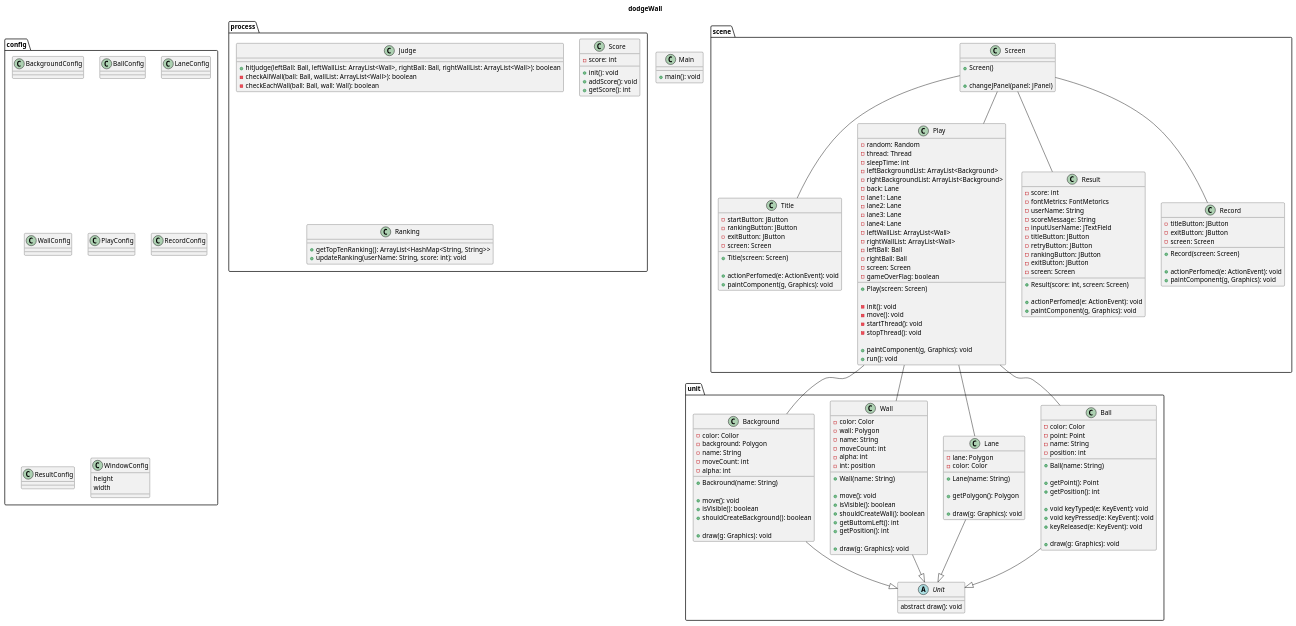
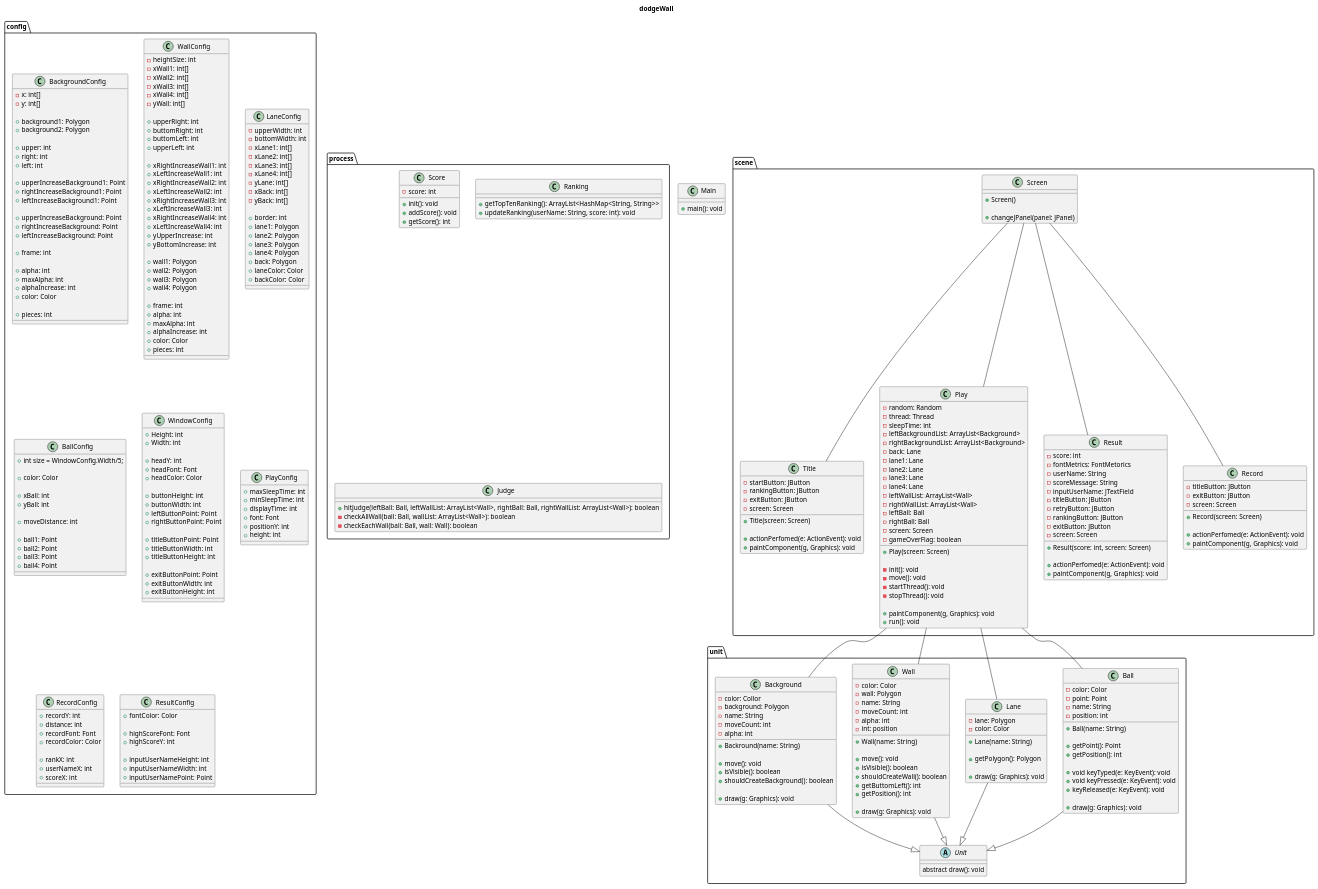
The diagram in documents/uml/class/class.pu (tokutatsu/DodgeWall), drawn with PlantUML before and after one commit. The commit also changed 1 other file, not shown here.

Commit message:
クラス図を完成させた #3

```diff
--- a/documents/uml/class/class.pu
+++ b/documents/uml/class/class.pu
@@ -77,36 +77,159 @@
 
 package config {
     class BackgroundConfig {
+        - x: int[]
+        - y: int[]
 
+        + background1: Polygon
+        + background2: Polygon
+
+        + upper: int
+        + right: int
+        + left: int
+
+        + upperIncreaseBackground1: Point
+        + rightIncreaseBackground1: Point
+        + leftIncreaseBackground1: Point
+
+        + upperIncreaseBackground: Point
+        + rightIncreaseBackground: Point
+        + leftIncreaseBackground: Point
+
+        + frame: int
+
+        + alpha: int
+        + maxAlpha: int
+        + alphaIncrease: int
+        + color: Color
+
+        + pieces: int
     }
-    
-    class BallConfig {
 
+    class WallConfig {
+        - heightSize: int
+        - xWall1: int[]
+        - xWall2: int[]
+        - xWall3: int[]
+        - xWall4: int[]
+        - yWall: int[]
+
+        + upperRight: int
+        + buttomRight: int
+        + buttomLeft: int
+        + upperLeft: int
+
+        + xRightIncreaseWall1: int
+        + xLeftIncreaseWall1: int
+        + xRightIncreaseWall2: int
+        + xLeftIncreaseWall2: int
+        + xRightIncreaseWall3: int
+        + xLeftIncreaseWall3: int
+        + xRightIncreaseWall4: int
+        + xLeftIncreaseWall4: int
+        + yUpperIncrease: int
+        + yBottomIncrease: int
+
+        + wall1: Polygon
+        + wall2: Polygon
+        + wall3: Polygon
+        + wall4: Polygon
+
+        + frame: int
+        + alpha: int
+        + maxAlpha: int
+        + alphaIncrease: int
+        + color: Color
+        + pieces: int
     }
 
     class LaneConfig {
+        - upperWidth: int
+        - bottomWidth: int
+        - xLane1: int[]
+        - xLane2: int[]
+        - xLane3: int[]
+        - xLane4: int[]
+        - yLane: int[]
+        - xBack: int[]
+        - yBack: int[]
 
+        + border: int 
+        + lane1: Polygon
+        + lane2: Polygon
+        + lane3: Polygon
+        + lane4: Polygon
+        + back: Polygon
+        + laneColor: Color
+        + backColor: Color
     }
 
-    class WallConfig {
+    class BallConfig {
+        + int size = WindowConfig.Width/5;
 
+        + color: Color
+
+        + xBall: int
+        + yBall: int
+
+        + moveDistance: int
+
+        + ball1: Point
+        + ball2: Point
+        + ball3: Point
+        + ball4: Point
+    }
+
+    class WindowConfig {
+        + Height: int
+        + Width: int
+
+        + headY: int
+        + headFont: Font
+        + headColor: Color
+
+        + buttonHeight: int
+        + buttonWidth: int
+        + leftButtonPoint: Point 
+        + rightButtonPoint: Point
+
+        + titleButtonPoint: Point
+        + titleButtonWidth: int
+        + titleButtonHeight: int
+
+        + exitButtonPoint: Point
+        + exitButtonWidth: int
+        + exitButtonHeight: int
     }
 
     class PlayConfig {
-
+        + maxSleepTime: int
+        + minSleepTime: int
+        + displayTime: int
+        + font: Font
+        + positionY: int
+        + height: int
     }
 
     class RecordConfig {
+        + recordY: int
+        + distance: int
+        + recordFont: Font
+        + recordColor: Color
 
+        + rankX: int
+        + userNameX: int
+        + scoreX: int
     }
 
     class ResultConfig {
+        + fontColor: Color
 
-    }
+        + highScoreFont: Font
+        + highScoreY: int
 
-    class WindowConfig {
-        height
-        width
+        + inputUserNameHeight: int
+        + inputUserNameWidth: int
+        + inputUserNamePoint: Point
     }
 }
 
@@ -189,12 +312,6 @@
 }
 
 package process {
-    class Judge {
-        + hitJudge(leftBall: Ball, leftWallList: ArrayList<Wall>, rightBall: Ball, rightWallList: ArrayList<Wall>): boolean
-        - checkAllWall(ball: Ball, wallList: ArrayList<Wall>): boolean
-        - checkEachWall(ball: Ball, wall: Wall): boolean
-    }
-
     class Score {
         - score: int
 
@@ -206,6 +323,12 @@
     class Ranking {
         + getTopTenRanking(): ArrayList<HashMap<String, String>>
         + updateRanking(userName: String, score: int): void
+    }
+
+    class Judge {
+        + hitJudge(leftBall: Ball, leftWallList: ArrayList<Wall>, rightBall: Ball, rightWallList: ArrayList<Wall>): boolean
+        - checkAllWall(ball: Ball, wallList: ArrayList<Wall>): boolean
+        - checkEachWall(ball: Ball, wall: Wall): boolean
     }
 }
 
```
